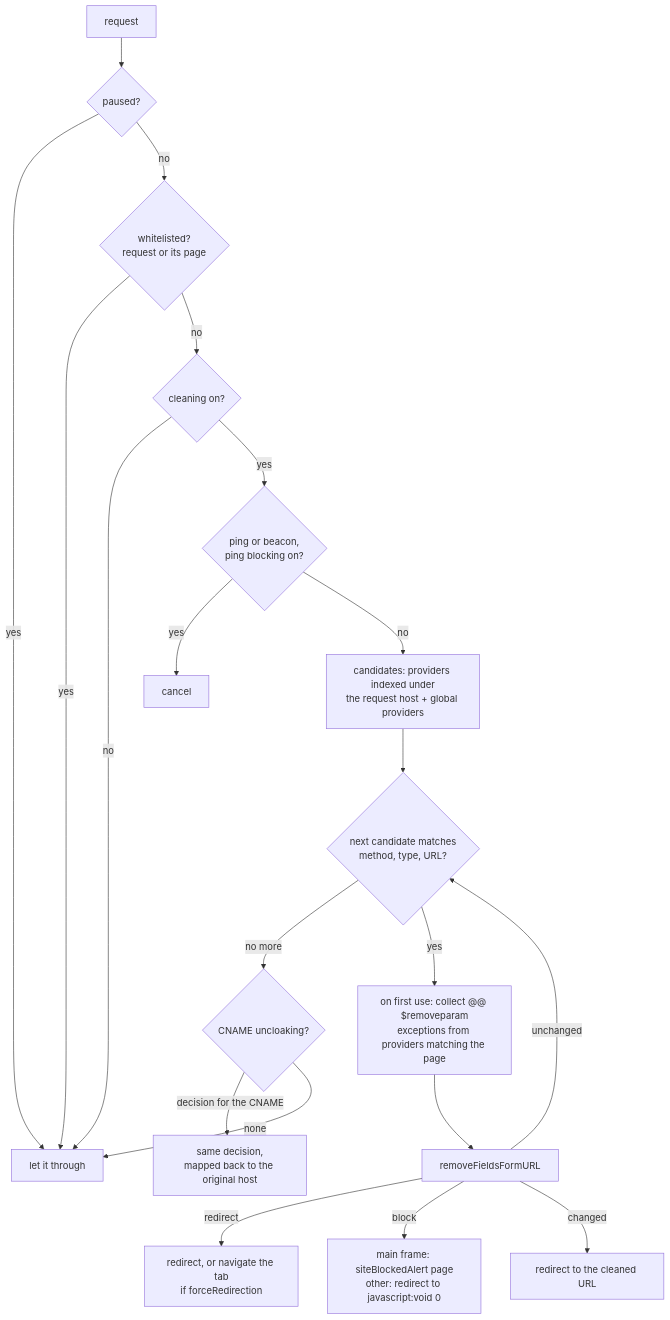
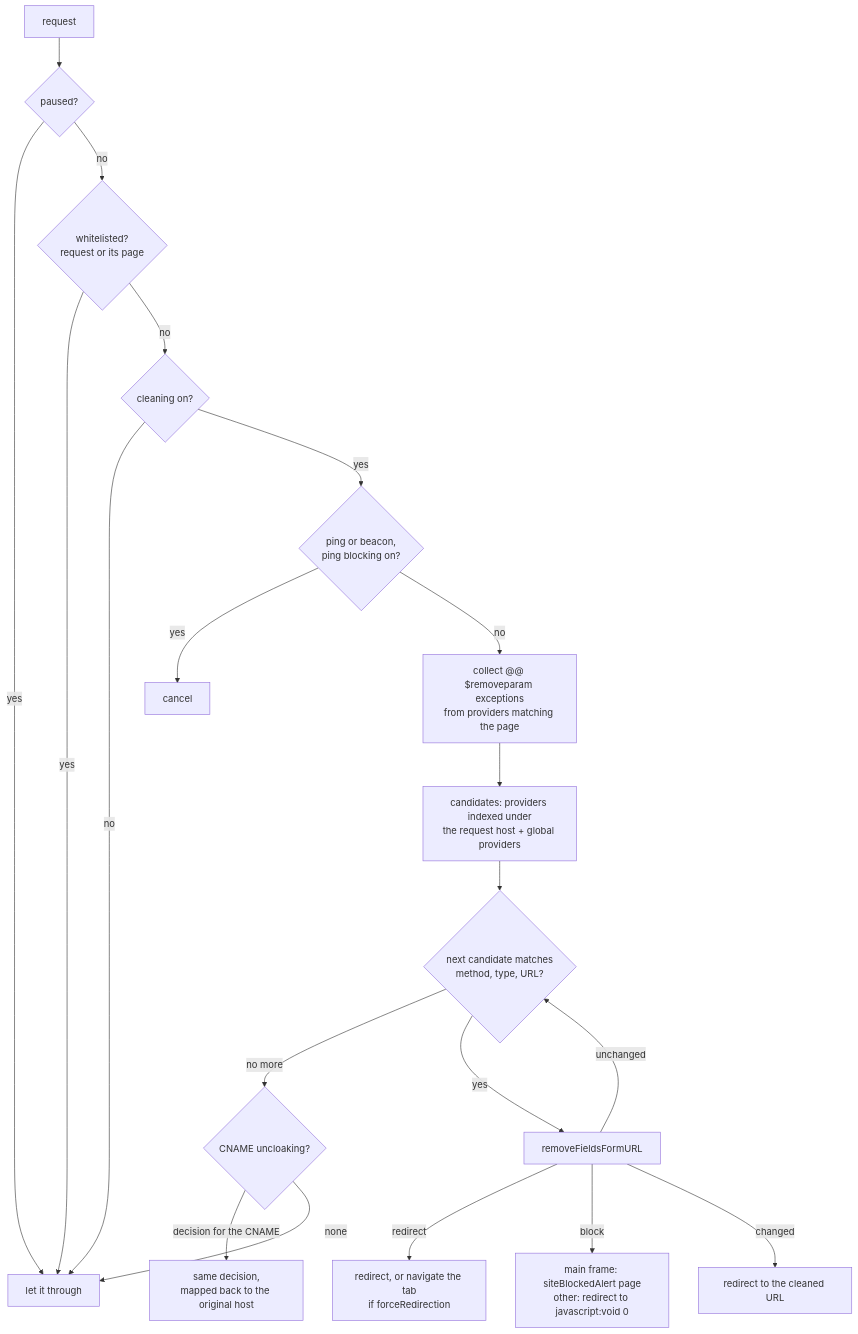
Before and after one commit to Linkumori/Linkumori-Addon: the fourth of 4 diagrams in docs/runtime-architecture.md, drawn with Mermaid. The commit also changed other lines of this file and 88 other files, not shown here.

````diff
--- a/docs/runtime-architecture.md
+++ b/docs/runtime-architecture.md
@@ -481,22 +448,22 @@
 ```mermaid
 flowchart TD
     A[request] --> B{paused?}
     B -- yes --> Z[let it through]
     B -- no --> C{whitelisted?<br/>request or its page}
     C -- yes --> Z
     C -- no --> D{cleaning on?}
     D -- no --> Z
     D -- yes --> E{ping or beacon,<br/>ping blocking on?}
     E -- yes --> X[cancel]
-    E -- no --> G[candidates: providers indexed under<br/>the request host + global providers]
+    E -- no --> F[collect @@ $removeparam exceptions<br/>from providers matching the page]
+    F --> G[candidates: providers indexed under<br/>the request host + global providers]
     G --> H{next candidate matches<br/>method, type, URL?}
     H -- no more --> Y{CNAME uncloaking?}
-    H -- yes --> F[on first use: collect @@ $removeparam<br/>exceptions from providers matching the page]
-    F --> I[removeFieldsFormURL]
+    H -- yes --> I[removeFieldsFormURL]
     I -- redirect --> R[redirect, or navigate the tab<br/>if forceRedirection]
     I -- block --> K[main frame: siteBlockedAlert page<br/>other: redirect to javascript:void 0]
     I -- changed --> M[redirect to the cleaned URL]
     I -- unchanged --> H
     Y -- decision for the CNAME --> R2[same decision,<br/>mapped back to the original host]
     Y -- none --> Z
 ```
````
